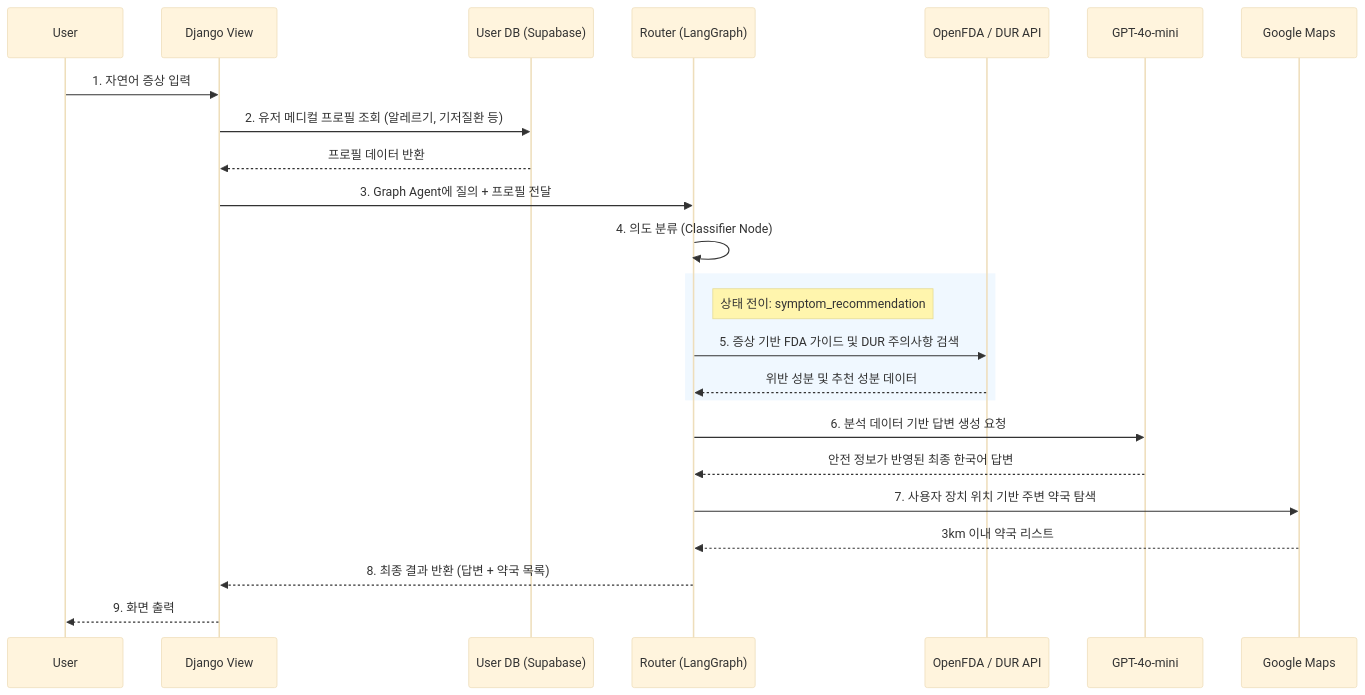
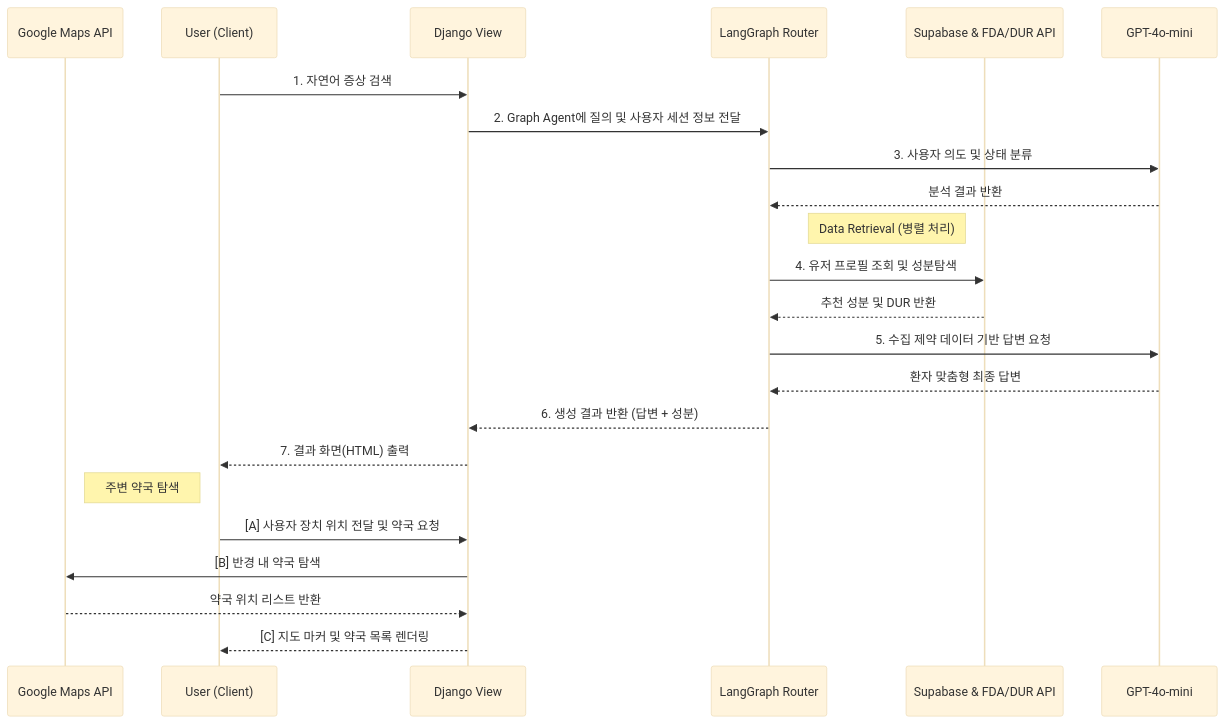
Before and after one commit to DJAeun/SKN22-4th-1Team: the second of 2 diagrams in README.md, drawn with Mermaid (base theme). The commit also changed other lines of this file, not shown here.

````diff
--- a/README.md
+++ b/README.md
@@ -143,32 +141,31 @@
 ```mermaid
 sequenceDiagram
-    participant U as User
+    participant MAP as Google Maps API
+    participant U as User (Client)
     participant V as Django View
-    participant DB as User DB (Supabase)
-    participant R as Router (LangGraph)
-    participant API as OpenFDA / DUR API
+    participant R as LangGraph Router
+    participant API as Supabase & FDA/DUR API
     participant LLM as GPT-4o-mini
-    participant MAP as Google Maps
 
-    U->>V: 1. 자연어 증상 입력
-    V->>DB: 2. 유저 메디컬 프로필 조회 (알레르기, 기저질환 등)
-    DB-->>V: 프로필 데이터 반환
-    V->>R: 3. Graph Agent에 질의 + 프로필 전달
+    U->>V: 1. 자연어 증상 검색
+    V->>R: 2. Graph Agent에 질의 및 사용자 세션 정보 전달
     
-    R->>R: 4. 의도 분류 (Classifier Node)
+    R->>LLM: 3. 사용자 의도 및 상태 분류
+    LLM-->>R: 분석 결과 반환
     
-    rect rgb(240, 248, 255)
-        Note right of R: 상태 전이: symptom_recommendation
-        R->>API: 5. 증상 기반 FDA 가이드 및 DUR 주의사항 검색
-        API-->>R: 위반 성분 및 추천 성분 데이터
-    end
+    Note left of API: Data Retrieval (병렬 처리)
+    R->>API: 4. 유저 프로필 조회 및 성분탐색
+    API-->>R: 추천 성분 및 DUR 반환
     
-    R->>LLM: 6. 분석 데이터 기반 답변 생성 요청
-    LLM-->>R: 안전 정보가 반영된 최종 한국어 답변
+    R->>LLM: 5. 수집 제약 데이터 기반 답변 요청
+    LLM-->>R: 환자 맞춤형 최종 답변
     
-    R->>MAP: 7. 사용자 장치 위치 기반 주변 약국 탐색
-    MAP-->>R: 3km 이내 약국 리스트
+    R-->>V: 6. 생성 결과 반환 (답변 + 성분)
+    V-->>U: 7. 결과 화면(HTML) 출력
     
-    R-->>V: 8. 최종 결과 반환 (답변 + 약국 목록)
-    V-->>U: 9. 화면 출력
+    Note right of MAP: 주변 약국 탐색
+    U->>V: [A] 사용자 장치 위치 전달 및 약국 요청
+    V->>MAP: [B] 반경 내 약국 탐색
+    MAP-->>V: 약국 위치 리스트 반환
+    V-->>U: [C] 지도 마커 및 약국 목록 렌더링
 ```
````
